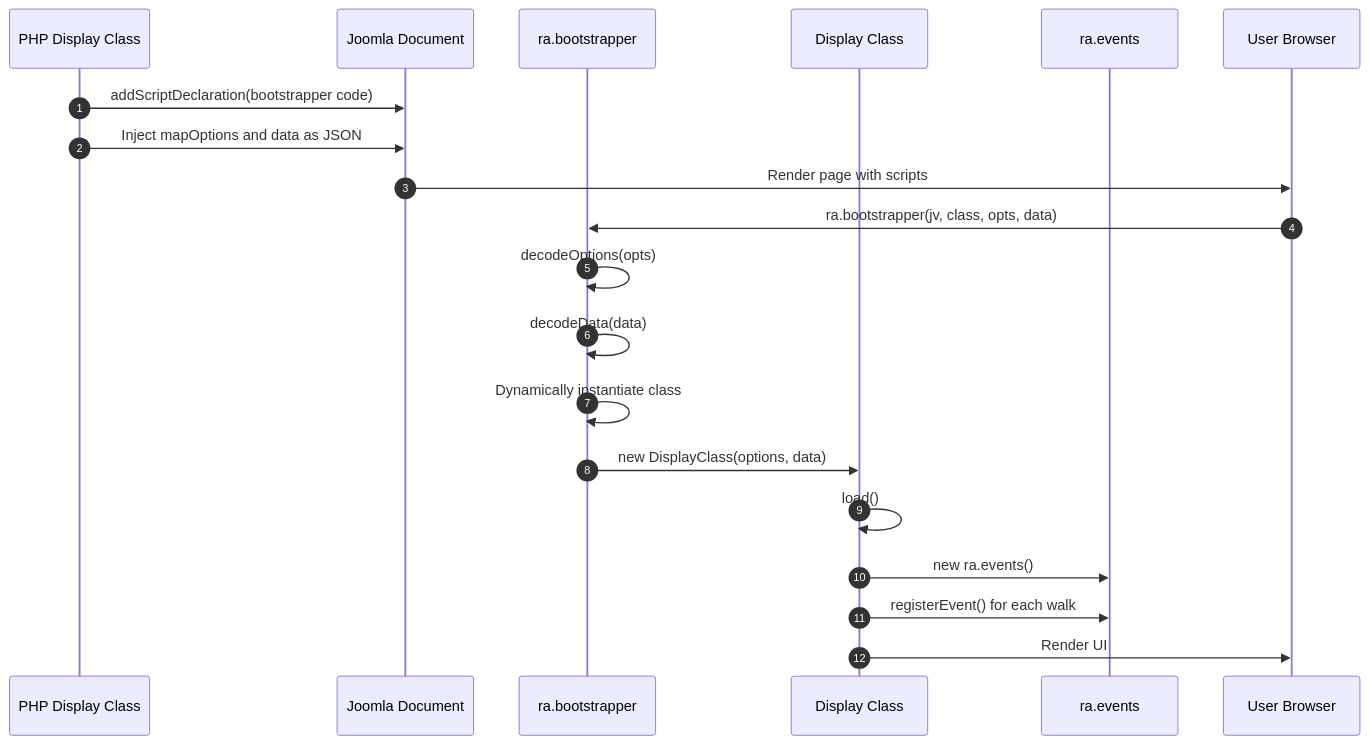
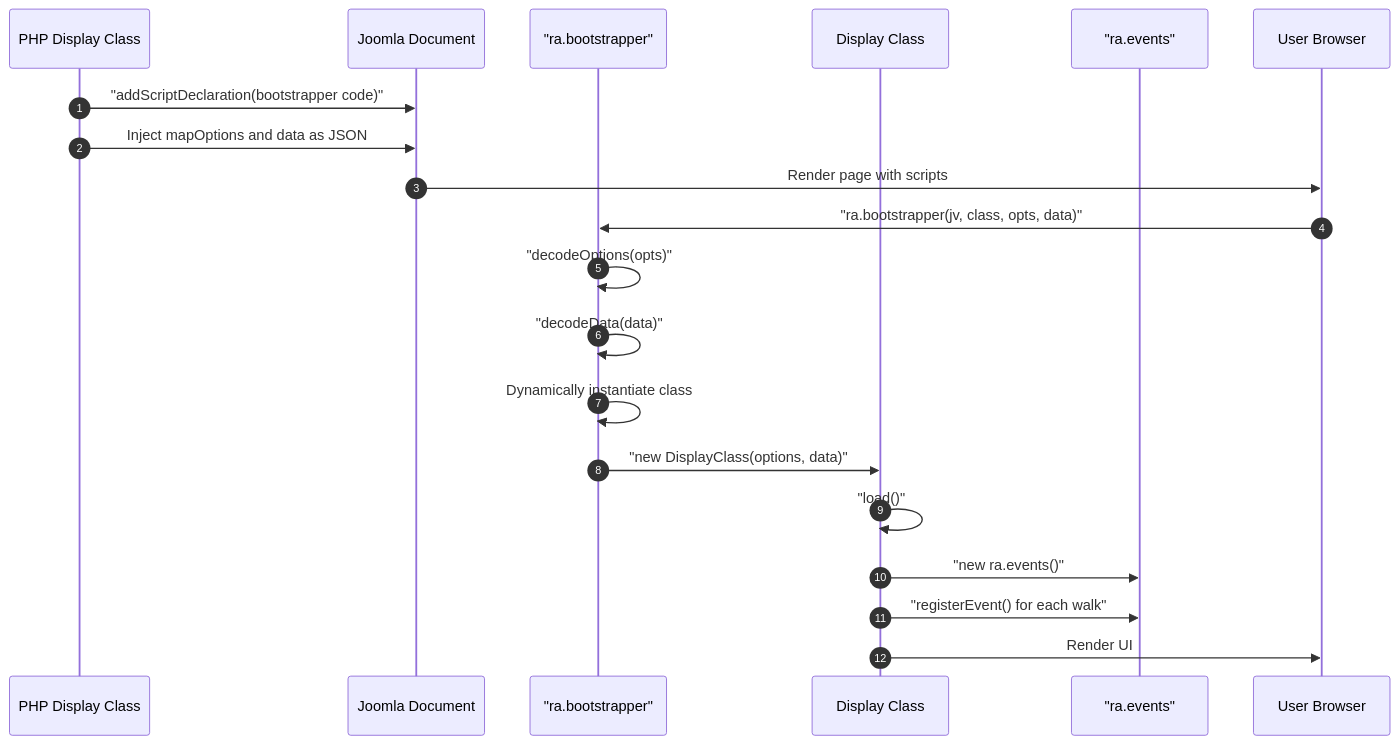
One commit to pauljrhodes/ramblers-library changed the third of 4 diagrams in media/js/HLD.md. Above: the diagram before and after it, drawn with Mermaid. The commit also changed other lines of this file and 33 other files, not shown here.

Commit message:
Normalize Mermaid diagrams for GitHub rendering

````diff
--- a/media/js/HLD.md
+++ b/media/js/HLD.md
@@ -276,23 +276,23 @@
 ```mermaid
 sequenceDiagram
     autonumber
     participant PHP as PHP Display Class
     participant Doc as Joomla Document
-    participant Bootstrap as ra.bootstrapper
+    participant Bootstrap as "ra.bootstrapper"
     participant DisplayClass as Display Class
-    participant Events as ra.events
+    participant Events as "ra.events"
     participant User as User Browser
 
-    PHP->>Doc: addScriptDeclaration(bootstrapper code)
+    PHP->>Doc: "addScriptDeclaration(bootstrapper code)"
     PHP->>Doc: Inject mapOptions and data as JSON
     Doc->>User: Render page with scripts
-    User->>Bootstrap: ra.bootstrapper(jv, class, opts, data)
-    Bootstrap->>Bootstrap: decodeOptions(opts)
-    Bootstrap->>Bootstrap: decodeData(data)
+    User->>Bootstrap: "ra.bootstrapper(jv, class, opts, data)"
+    Bootstrap->>Bootstrap: "decodeOptions(opts)"
+    Bootstrap->>Bootstrap: "decodeData(data)"
     Bootstrap->>Bootstrap: Dynamically instantiate class
-    Bootstrap->>DisplayClass: new DisplayClass(options, data)
-    DisplayClass->>DisplayClass: load()
-    DisplayClass->>Events: new ra.events()
-    DisplayClass->>Events: registerEvent() for each walk
+    Bootstrap->>DisplayClass: "new DisplayClass(options, data)"
+    DisplayClass->>DisplayClass: "load()"
+    DisplayClass->>Events: "new ra.events()"
+    DisplayClass->>Events: "registerEvent() for each walk"
     DisplayClass->>User: Render UI
 ```
````
